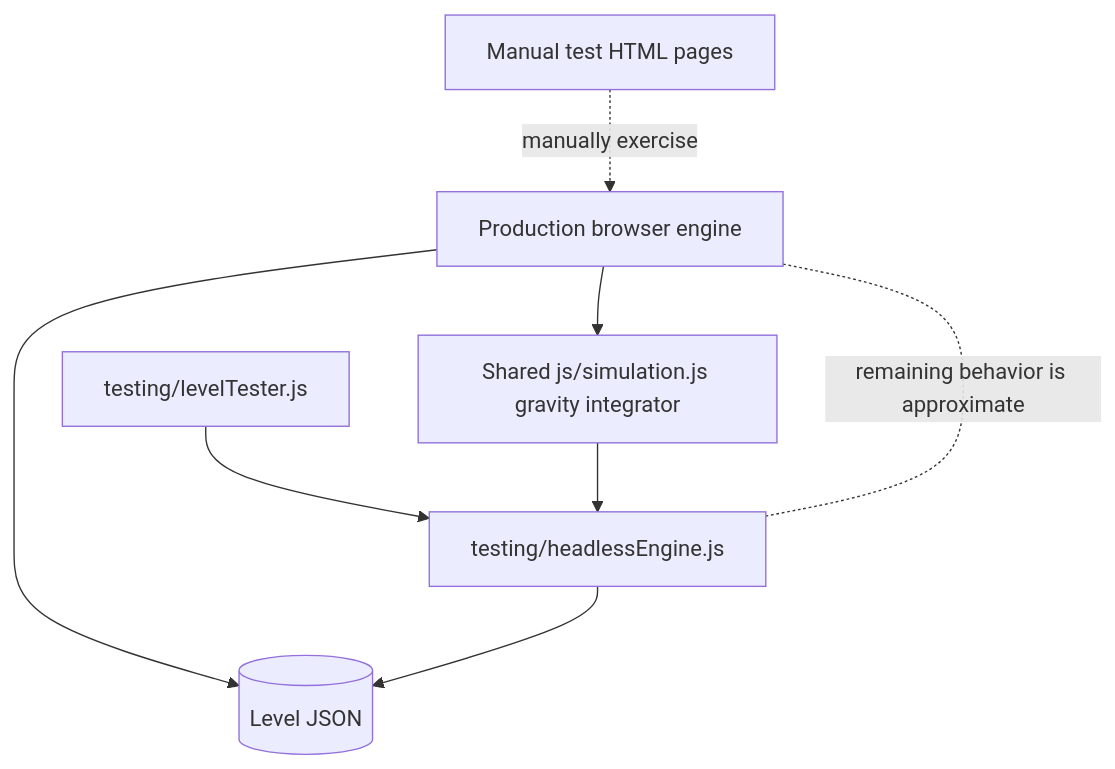
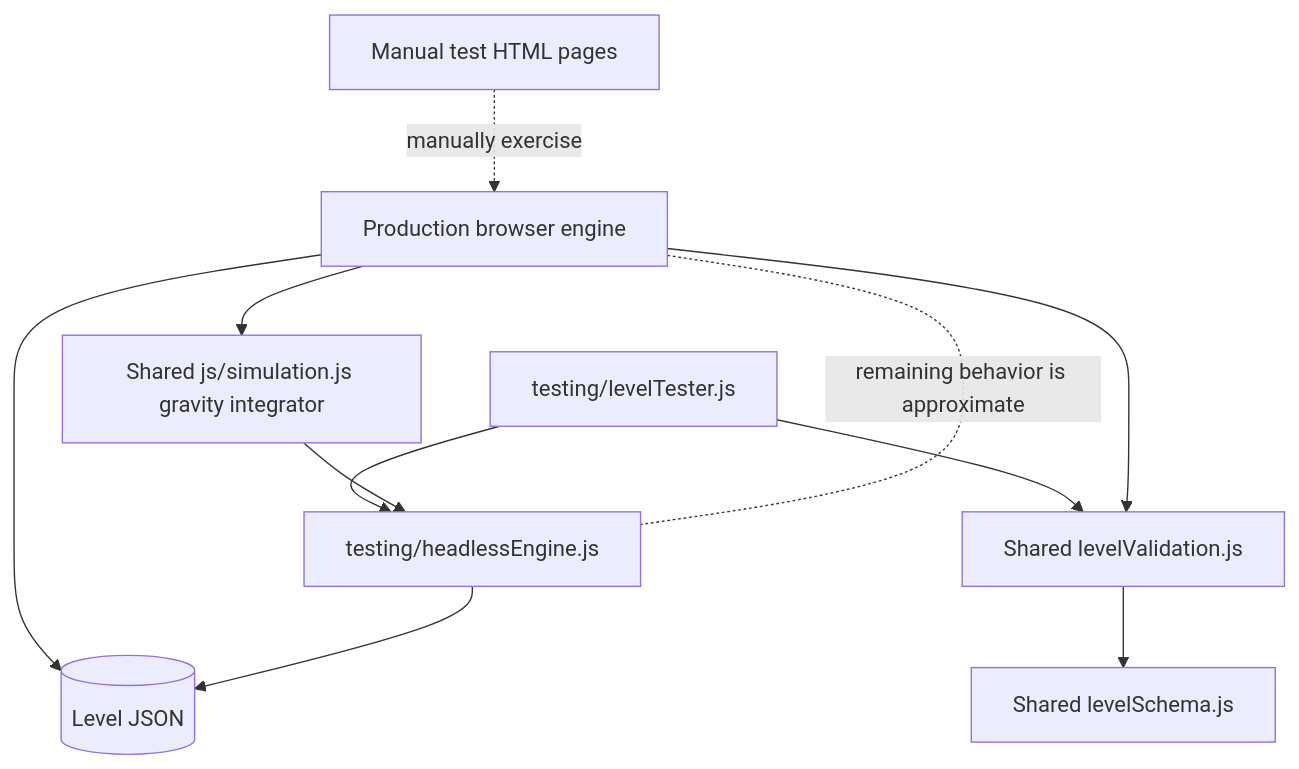
Diagram 14 of 14 in ARCHITECTURE.md (Newah1/SpacedPenguin), drawn with Mermaid before and after one commit. The commit also changed other lines of this file and 19 other files, not shown here.

Commit message:
Added level validator

````diff
--- a/ARCHITECTURE.md
+++ b/ARCHITECTURE.md
@@ -578,16 +588,19 @@
 ```mermaid
 flowchart TB
     Production[Production browser engine]
     BrowserTests[Manual test HTML pages]
     Headless[testing/headlessEngine.js]
     CLI[testing/levelTester.js]
     Levels[(Level JSON)]
 
     Production --> Levels
     BrowserTests -. manually exercise .-> Production
     CLI --> Headless
+    CLI --> Validator[Shared levelValidation.js]
     Headless --> Levels
+    Production --> Validator
+    Validator --> Schema[Shared levelSchema.js]
     Production --> Shared[Shared js/simulation.js gravity integrator]
     Shared --> Headless
     Production -. remaining behavior is approximate .- Headless
 ```
````
